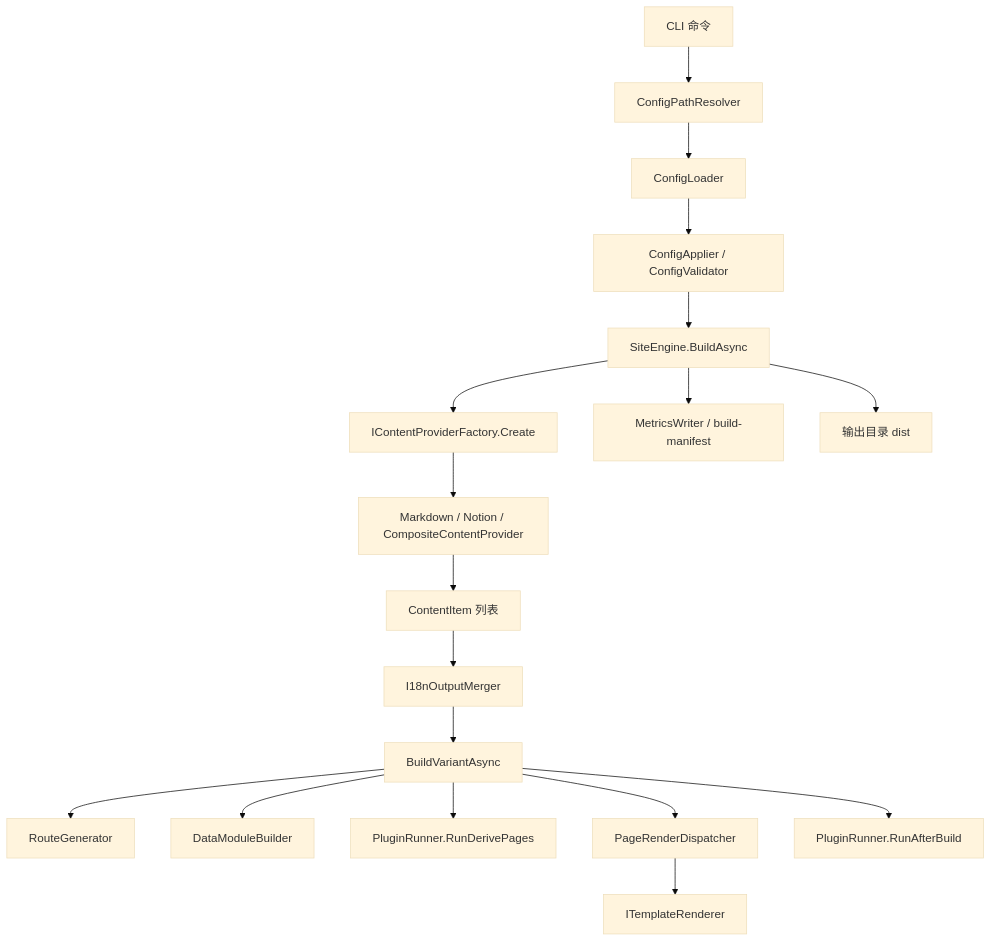
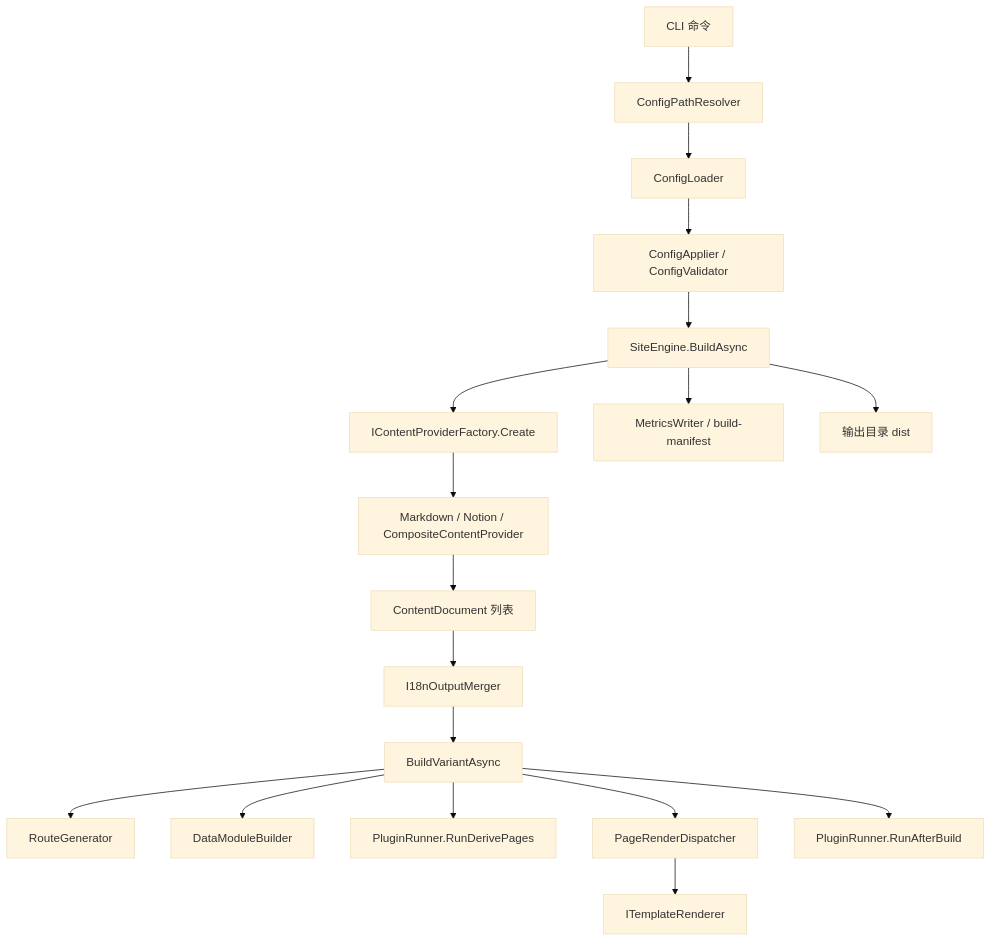
One commit to ALi365-SDN-BHD/Bukit changed the diagram in guide/dev/code-wiki.zh-CN.md. Above: the diagram before and after it, drawn with Mermaid (base theme). The commit also changed other lines of this file and 33 other files, not shown here.

````diff
--- a/guide/dev/code-wiki.zh-CN.md
+++ b/guide/dev/code-wiki.zh-CN.md
@@ -65,20 +65,20 @@
 ```mermaid
 flowchart TD
     A[CLI 命令] --> B[ConfigPathResolver]
     B --> C[ConfigLoader]
     C --> D[ConfigApplier / ConfigValidator]
     D --> E[SiteEngine.BuildAsync]
     E --> F[IContentProviderFactory.Create]
     F --> G[Markdown / Notion / CompositeContentProvider]
-    G --> H[ContentItem 列表]
+    G --> H[ContentDocument 列表]
     H --> I[I18nOutputMerger]
     I --> J[BuildVariantAsync]
     J --> K[RouteGenerator]
     J --> L[DataModuleBuilder]
     J --> M[PluginRunner.RunDerivePages]
     J --> N[PageRenderDispatcher]
     N --> O[ITemplateRenderer]
     J --> P[PluginRunner.RunAfterBuild]
     E --> Q[MetricsWriter / build-manifest]
     E --> R[输出目录 dist]
 ```
````
